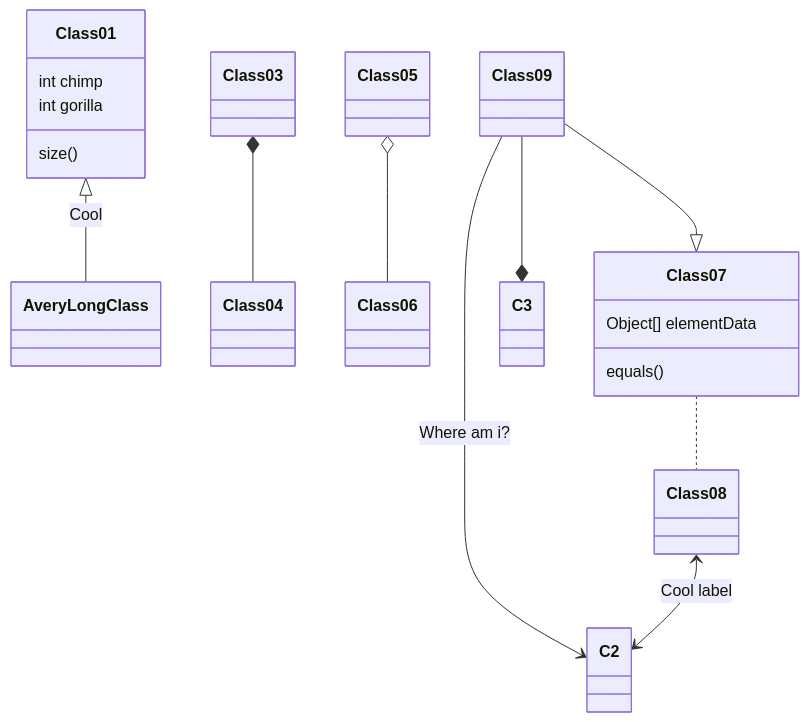
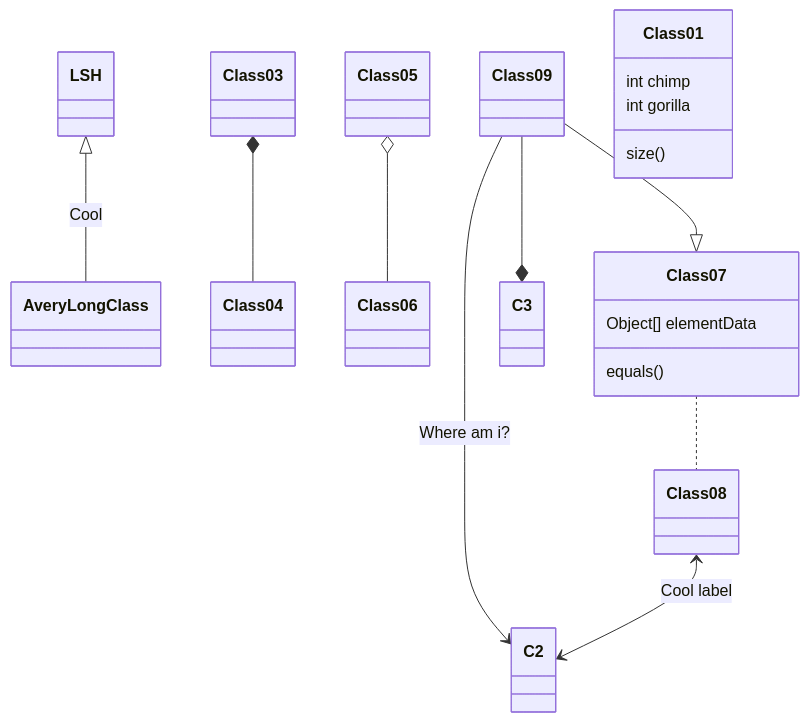
One commit to petroniocandido/ts_lsh changed the first of 2 diagrams in README.md. Above: the diagram before and after it, drawn with Mermaid.

````diff
--- a/README.md
+++ b/README.md
@@ -7,16 +7,16 @@
 ```mermaid
 classDiagram
-Class01 <|-- AveryLongClass : Cool
+LSH <|-- AveryLongClass : Cool
 Class03 *-- Class04
 Class05 o-- Class06
 Class07 .. Class08
 Class09 --> C2 : Where am i?
 Class09 --* C3
 Class09 --|> Class07
 Class07 : equals()
 Class07 : Object[] elementData
 Class01 : size()
 Class01 : int chimp
 Class01 : int gorilla
 Class08 <--> C2: Cool label
 ```
````
